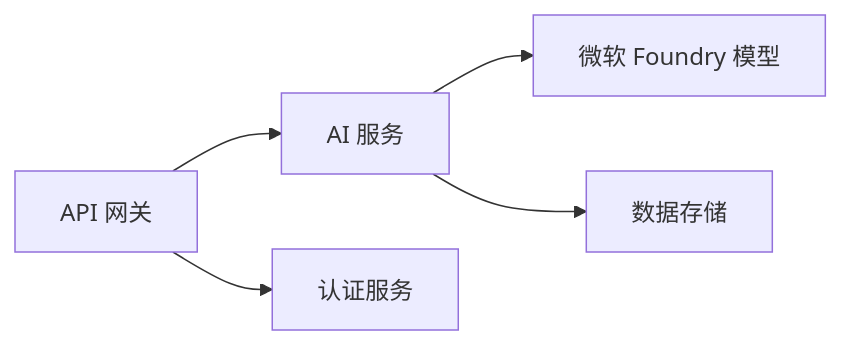
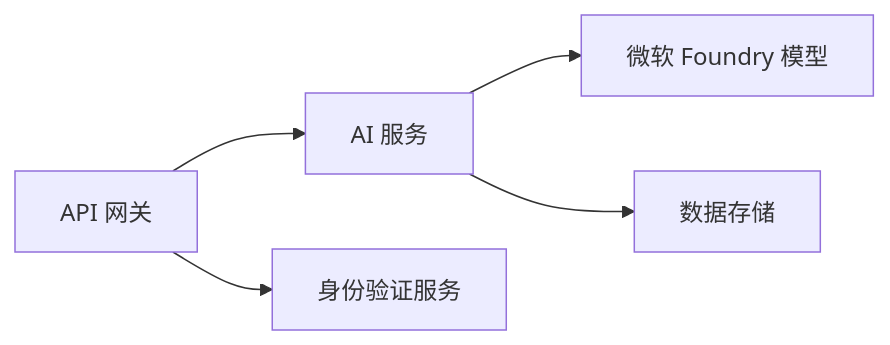
The first of 2 diagrams in translations/zh-CN/docs/chapter-08-production/README.md (microsoft/AZD-for-beginners), drawn with Mermaid before and after one commit. The commit also changed other lines of this file and 101 other files, not shown here.

````diff
--- a/translations/zh-CN/docs/chapter-08-production/README.md
+++ b/translations/zh-CN/docs/chapter-08-production/README.md
@@ -46,6 +48,6 @@
 ```mermaid
 graph LR
     Gateway[API 网关] --> AI[AI 服务] --> Models[微软 Foundry 模型]
-    Gateway --> Auth[认证服务]
+    Gateway --> Auth[身份验证服务]
     AI --> Data[数据存储]
 ```
````
